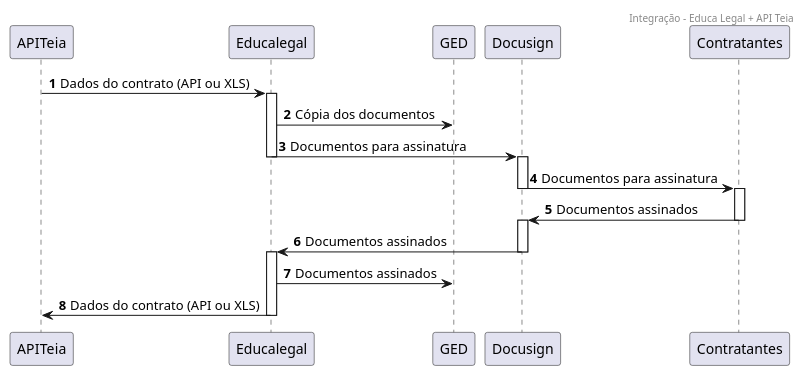
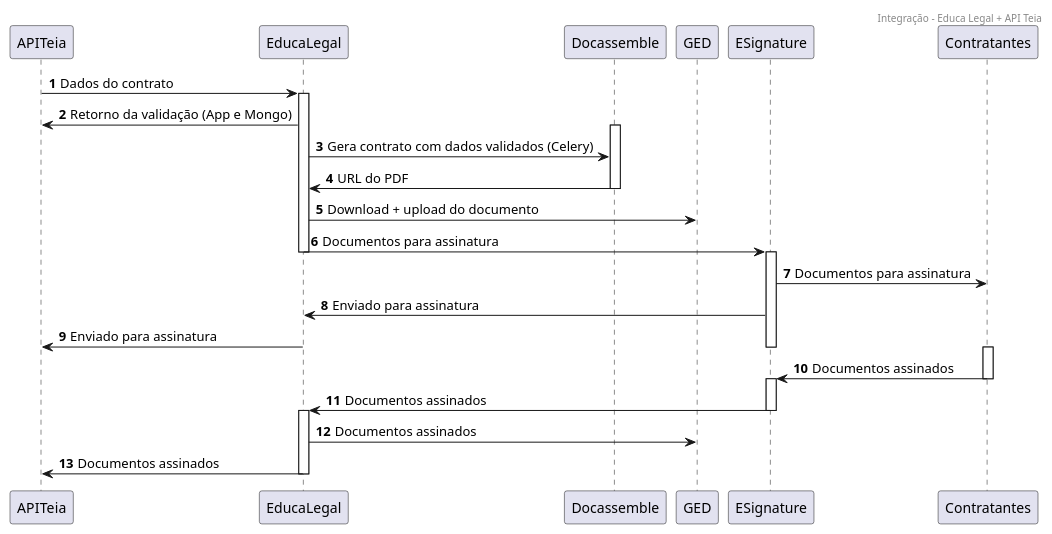
The diagram in fluxos/matriculator.pu (rvnovaes/educalegal), drawn with PlantUML before and after one commit. The commit also changed 1 other file, not shown here.

```diff
--- a/fluxos/matriculator.pu
+++ b/fluxos/matriculator.pu
@@ -1,22 +1,29 @@
 @startuml
 header Integração - Educa Legal + API Teia
 autonumber
-APITeia -> Educalegal: Dados do contrato (API ou XLS)
-activate Educalegal
-Educalegal -> GED: Cópia dos documentos
-Educalegal -> Docusign: Documentos para assinatura
-deactivate Educalegal
-activate Docusign
-Docusign -> Contratantes: Documentos para assinatura
-deactivate Docusign
+APITeia -> EducaLegal: Dados do contrato
+activate EducaLegal
+EducaLegal -> APITeia: Retorno da validação (App e Mongo)
+activate Docassemble
+EducaLegal -> Docassemble: Gera contrato com dados validados (Celery)
+Docassemble -> EducaLegal: URL do PDF
+deactivate Docassemble
+EducaLegal -> GED: Download + upload do documento
+EducaLegal -> ESignature: Documentos para assinatura
+deactivate EducaLegal
+activate ESignature
+ESignature -> Contratantes: Documentos para assinatura
+ESignature -> EducaLegal: Enviado para assinatura
+EducaLegal -> APITeia: Enviado para assinatura
+deactivate ESignature
 activate Contratantes
-Contratantes -> Docusign: Documentos assinados
+Contratantes -> ESignature: Documentos assinados
 deactivate Contratantes
-activate Docusign
-Docusign -> Educalegal: Documentos assinados
-deactivate Docusign
-activate Educalegal
-Educalegal -> GED: Documentos assinados
-Educalegal -> APITeia: Dados do contrato (API ou XLS)
-deactivate Educalegal
+activate ESignature
+ESignature -> EducaLegal: Documentos assinados
+deactivate ESignature
+activate EducaLegal
+EducaLegal -> GED: Documentos assinados
+EducaLegal -> APITeia: Documentos assinados
+deactivate EducaLegal
 @enduml
```
